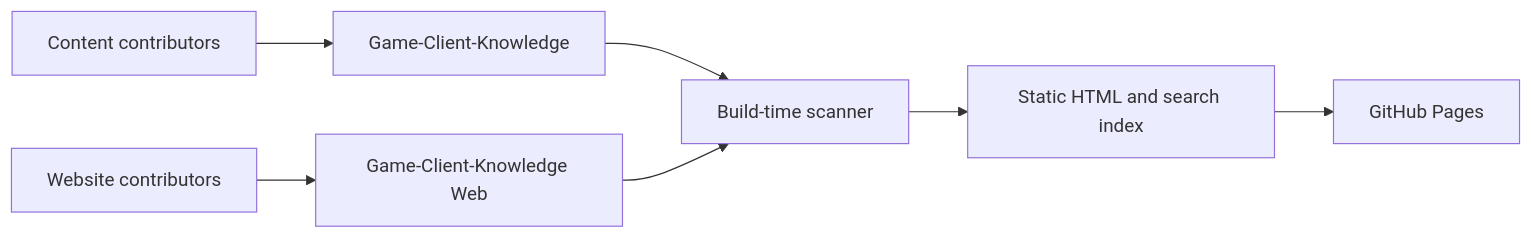
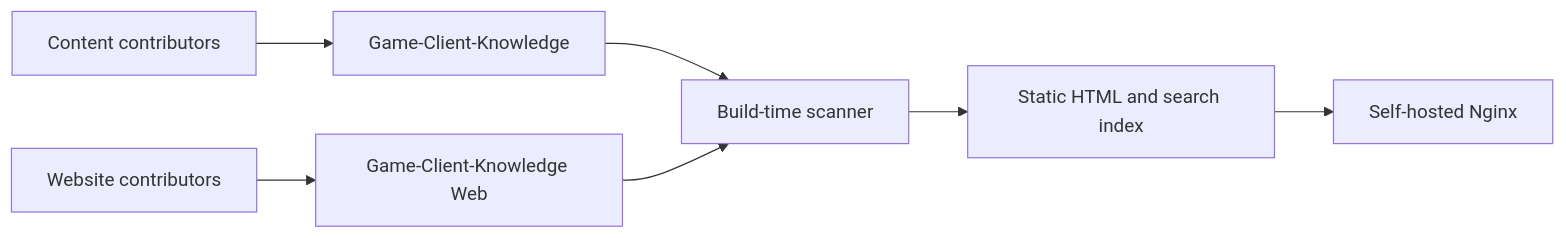
One commit to Game-Client-Knowledge/Web changed the first of 2 diagrams in docs/architecture.md. Above: the diagram before and after it, drawn with Mermaid. The commit also changed other lines of this file and 2 other files, not shown here.

Commit message:
chore: 停用无用的GitHub Pages构建

````diff
--- a/docs/architecture.md
+++ b/docs/architecture.md
@@ -15,9 +15,9 @@
 ```mermaid
 flowchart LR
     A[Content contributors] --> B[Game-Client-Knowledge]
     B --> C[Build-time scanner]
     D[Website contributors] --> E[Game-Client-Knowledge Web]
     E --> C
     C --> F[Static HTML and search index]
-    F --> G[GitHub Pages]
+    F --> G[Self-hosted Nginx]
 ```
````
